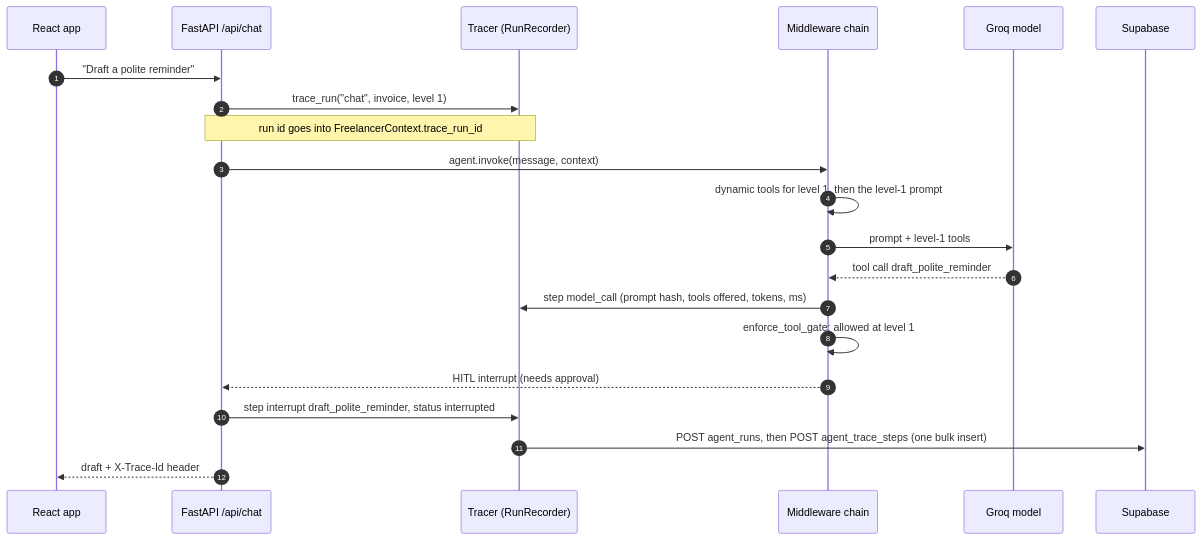
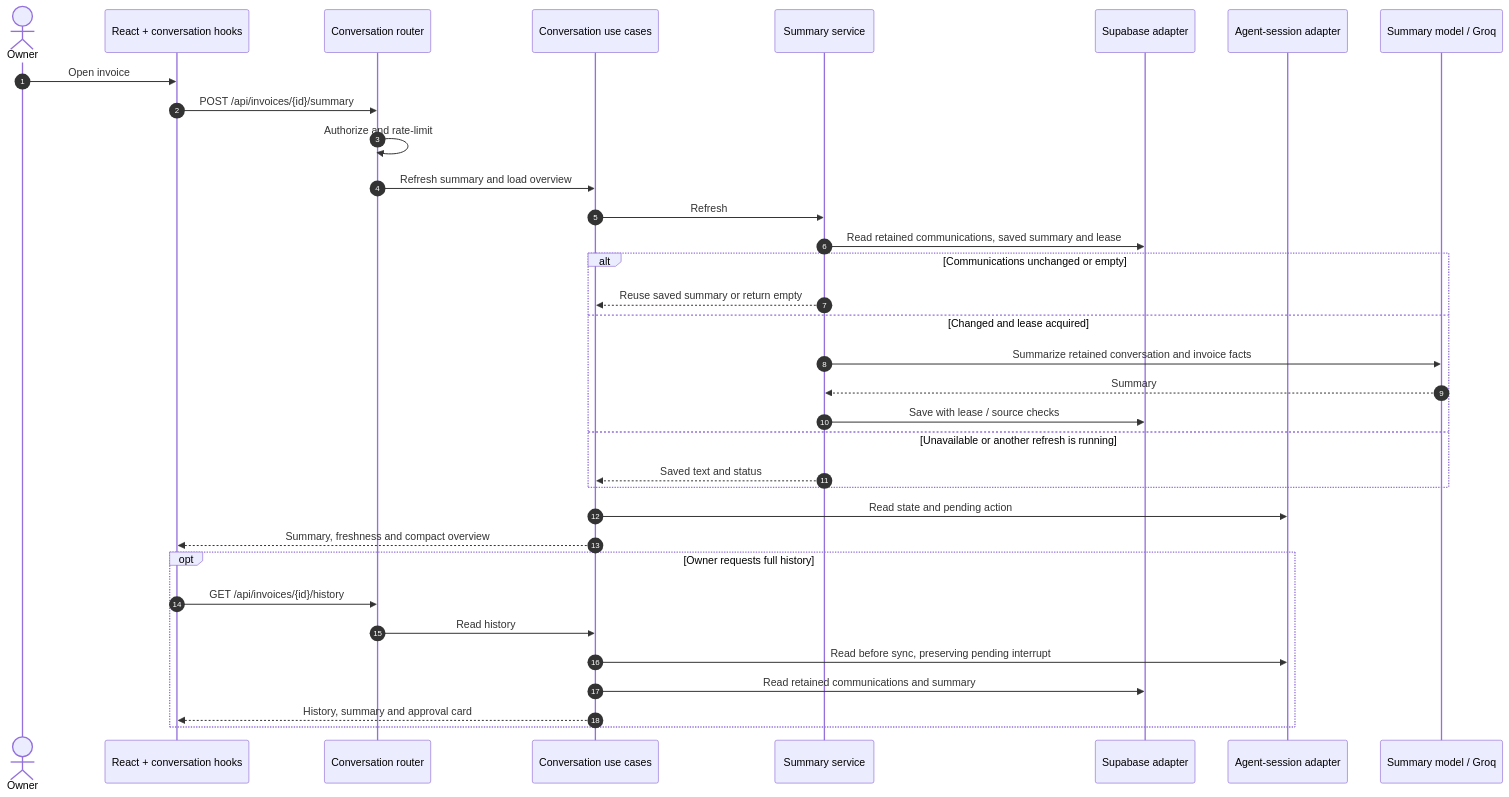
The sixth of 7 diagrams in README.md (code0monkey1/invoice-dispute-agent), drawn with Mermaid before and after one commit. The commit also changed other lines of this file, not shown here.

Commit message:
docs: map clean architecture flows and evaluation gates

````diff
--- a/README.md
+++ b/README.md
@@ -336,24 +195,36 @@
 ```mermaid
 sequenceDiagram
     autonumber
-    participant UI as React app
-    participant API as FastAPI /api/chat
-    participant T as Tracer (RunRecorder)
-    participant MW as Middleware chain
-    participant LLM as Groq model
-    participant DB as Supabase
-
-    UI->>API: "Draft a polite reminder"
-    API->>T: trace_run("chat", invoice, level 1)
-    Note over API,T: run id goes into FreelancerContext.trace_run_id
-    API->>MW: agent.invoke(message, context)
-    MW->>MW: dynamic tools for level 1, then the level-1 prompt
-    MW->>LLM: prompt + level-1 tools
-    LLM-->>MW: tool call draft_polite_reminder
-    MW->>T: step model_call (prompt hash, tools offered, tokens, ms)
-    MW->>MW: enforce_tool_gate: allowed at level 1
-    MW-->>API: HITL interrupt (needs approval)
-    API->>T: step interrupt draft_polite_reminder, status interrupted
-    T->>DB: POST agent_runs, then POST agent_trace_steps (one bulk insert)
-    API-->>UI: draft + X-Trace-Id header
+    actor Owner
+    participant UI as React + conversation hooks
+    participant HTTP as Conversation router
+    participant UC as Conversation use cases
+    participant Summary as Summary service
+    participant DB as Supabase adapter
+    participant Session as Agent-session adapter
+    participant LLM as Summary model / Groq
+    Owner->>UI: Open invoice
+    UI->>HTTP: POST /api/invoices/{id}/summary
+    HTTP->>HTTP: Authorize and rate-limit
+    HTTP->>UC: Refresh summary and load overview
+    UC->>Summary: Refresh
+    Summary->>DB: Read retained communications, saved summary and lease
+    alt Communications unchanged or empty
+        Summary-->>UC: Reuse saved summary or return empty
+    else Changed and lease acquired
+        Summary->>LLM: Summarize retained conversation and invoice facts
+        LLM-->>Summary: Summary
+        Summary->>DB: Save with lease / source checks
+    else Unavailable or another refresh is running
+        Summary-->>UC: Saved text and status
+    end
+    UC->>Session: Read state and pending action
+    UC-->>UI: Summary, freshness and compact overview
+    opt Owner requests full history
+        UI->>HTTP: GET /api/invoices/{id}/history
+        HTTP->>UC: Read history
+        UC->>Session: Read before sync, preserving pending interrupt
+        UC->>DB: Read retained communications and summary
+        UC-->>UI: History, summary and approval card
+    end
 ```
````
